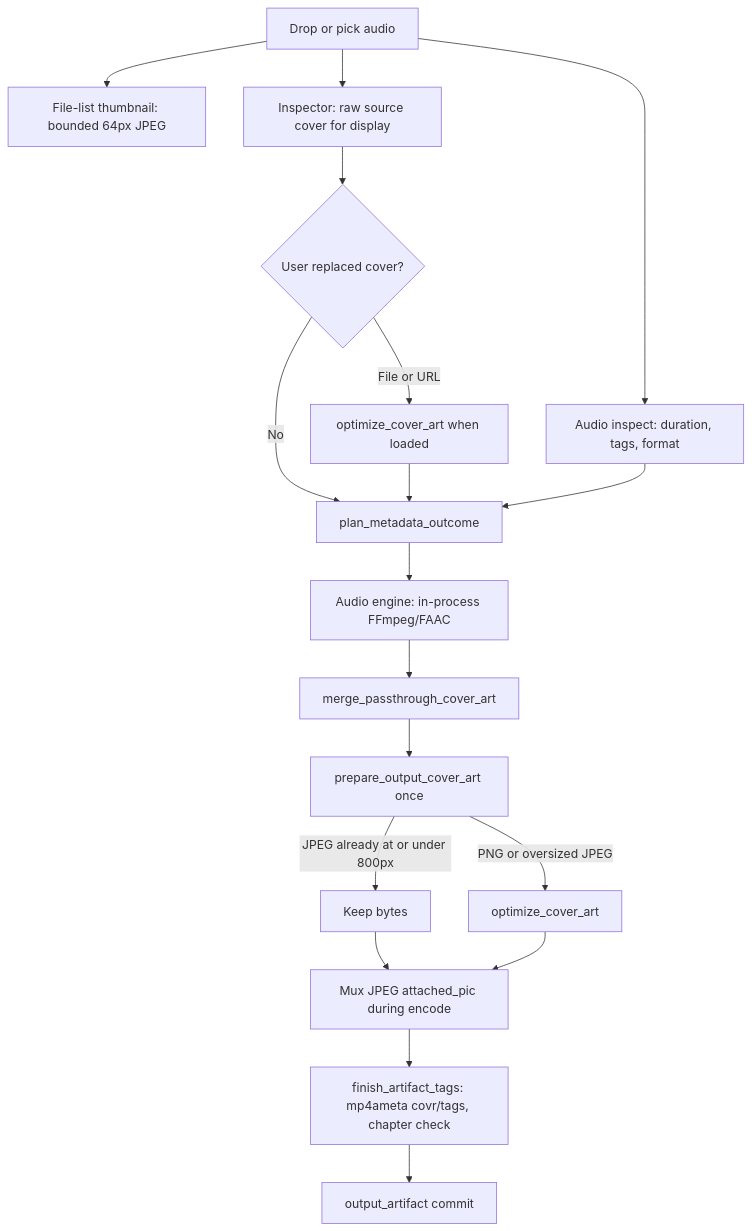
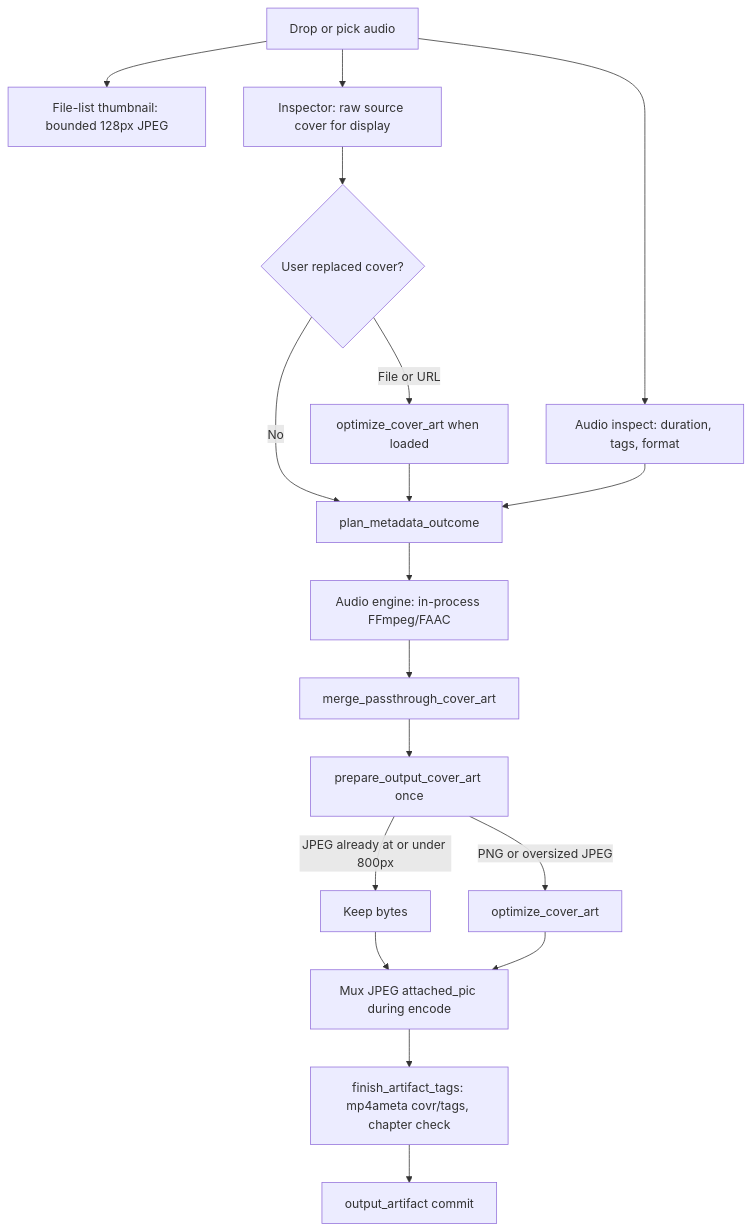
One commit to Allmight97/audiobook-boss changed the diagram in docs/cover-art-processing.md. Above: the diagram before and after it, drawn with Mermaid. The commit also changed other lines of this file and 81 other files, not shown here.

````diff
--- a/docs/cover-art-processing.md
+++ b/docs/cover-art-processing.md
@@ -35,20 +35,20 @@
 ```mermaid
 flowchart TD
   drop[Drop or pick audio] --> inspect[Audio inspect: duration, tags, format]
-  drop --> listThumb[File-list thumbnail: bounded 64px JPEG]
+  drop --> listThumb[File-list thumbnail: bounded 128px JPEG]
   drop --> hydrate[Inspector: raw source cover for display]
   hydrate --> intent{User replaced cover?}
   intent -->|File or URL| loadOpt[optimize_cover_art when loaded]
   intent -->|No| plan[plan_metadata_outcome]
   loadOpt --> plan
   inspect --> plan
   plan --> engine[Audio engine: in-process FFmpeg/FAAC]
   engine --> merge[merge_passthrough_cover_art]
   merge --> prep[prepare_output_cover_art once]
   prep -->|JPEG already at or under 800px| keep[Keep bytes]
   prep -->|PNG or oversized JPEG| jpeg[optimize_cover_art]
   keep --> mux[Mux JPEG attached_pic during encode]
   jpeg --> mux
   mux --> mp4[finish_artifact_tags: mp4ameta covr/tags, chapter check]
   mp4 --> commit[output_artifact commit]
 ```
````
